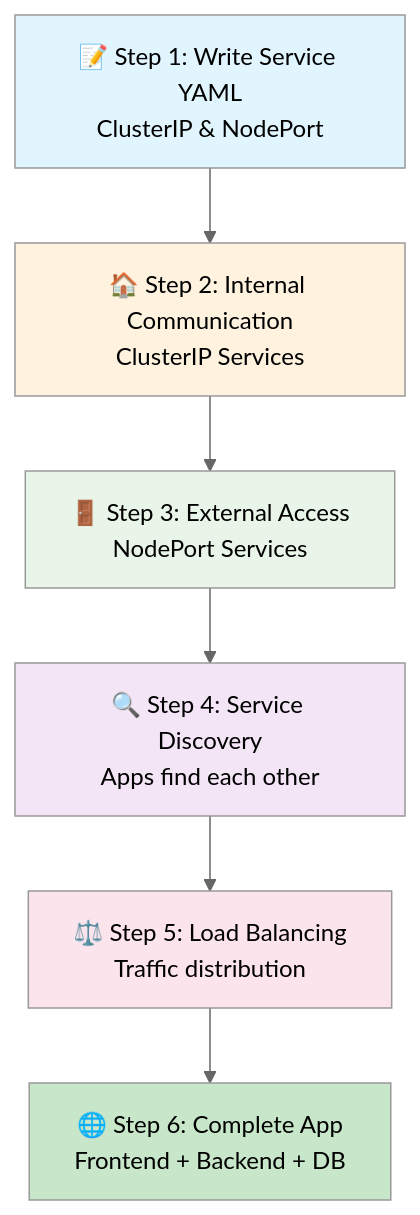
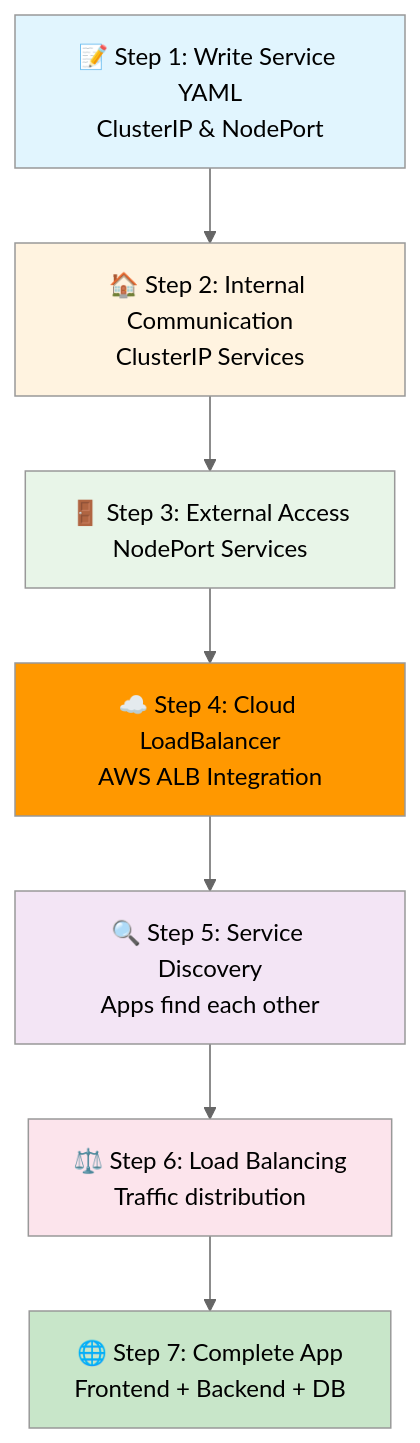
Before and after one commit to manikcloud/cloud-devops-learning-path: the first of 26 diagrams in Section-2-DevOps/Session-7_Kubernetes/04-services-networking/README.md, drawn with Mermaid (neutral theme). The commit also changed other lines of this file, not shown here.

````diff
--- a/Section-2-DevOps/Session-7_Kubernetes/04-services-networking/README.md
+++ b/Section-2-DevOps/Session-7_Kubernetes/04-services-networking/README.md
@@ -29,15 +29,17 @@
 ```mermaid
 graph TD
     A[📝 Step 1: Write Service YAML<br/>ClusterIP & NodePort] --> B[🏠 Step 2: Internal Communication<br/>ClusterIP Services]
     B --> C[🚪 Step 3: External Access<br/>NodePort Services]
-    C --> D[🔍 Step 4: Service Discovery<br/>Apps find each other]
-    D --> E[⚖️ Step 5: Load Balancing<br/>Traffic distribution]
-    E --> F[🌐 Step 6: Complete App<br/>Frontend + Backend + DB]
+    C --> D[☁️ Step 4: Cloud LoadBalancer<br/>AWS ALB Integration]
+    D --> E[🔍 Step 5: Service Discovery<br/>Apps find each other]
+    E --> F[⚖️ Step 6: Load Balancing<br/>Traffic distribution]
+    F --> G[🌐 Step 7: Complete App<br/>Frontend + Backend + DB]
     
     style A fill:#e1f5fe
     style B fill:#fff3e0
     style C fill:#e8f5e8
-    style D fill:#f3e5f5
-    style E fill:#fce4ec
-    style F fill:#c8e6c9
+    style D fill:#ff9800
+    style E fill:#f3e5f5
+    style F fill:#fce4ec
+    style G fill:#c8e6c9
 ```
````
